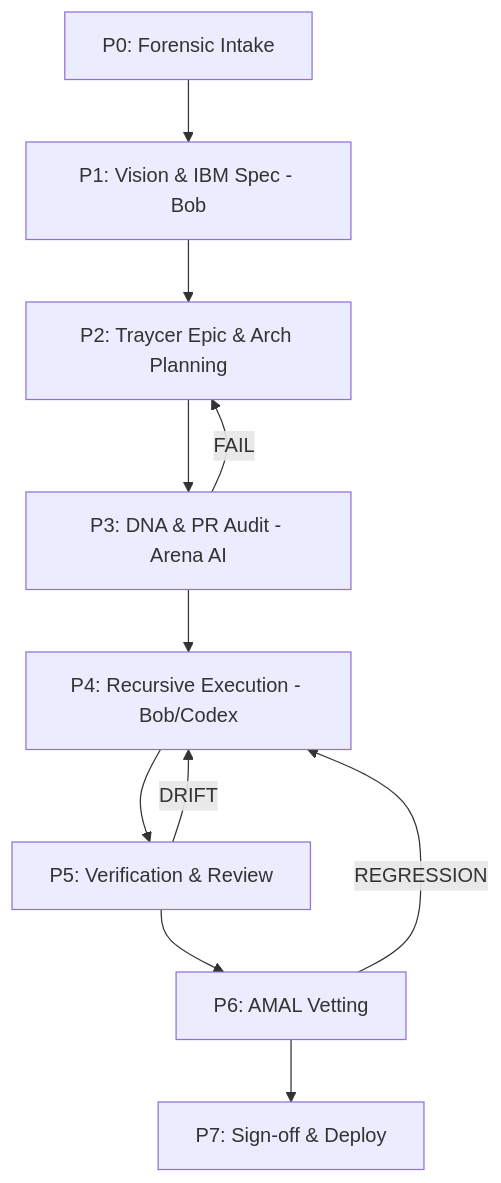
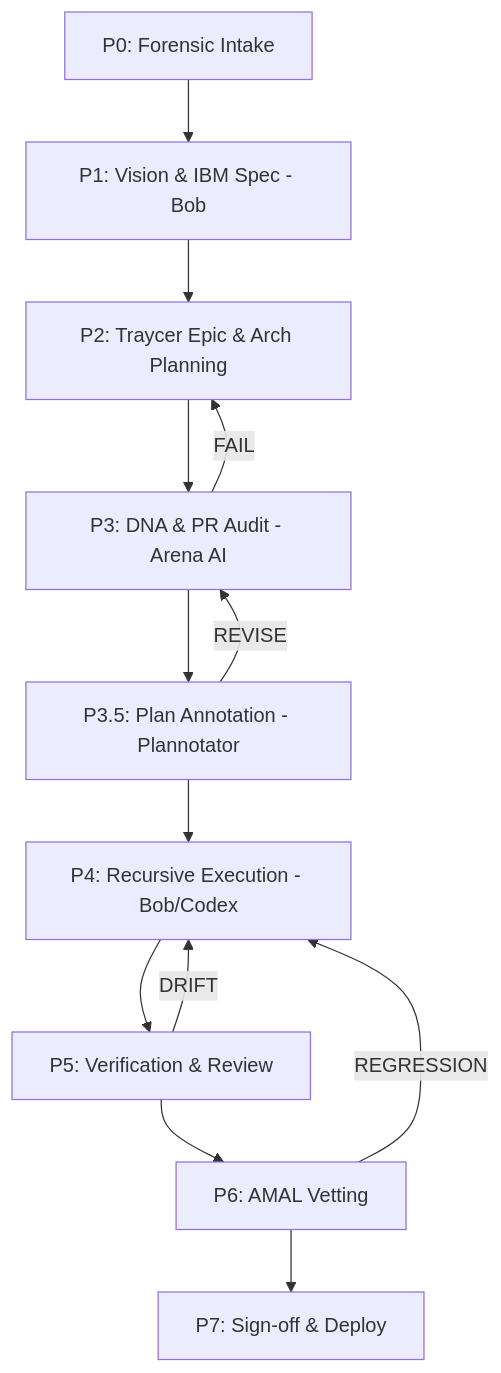
One commit to backtothefutures83-oss/universal-or-strategy changed the diagram in docs/brain/V12_Workflow_Manifesto.md. Above: the diagram before and after it, drawn with Mermaid. The commit also changed other lines of this file and 128 other files, not shown here.

````diff
--- a/docs/brain/V12_Workflow_Manifesto.md
+++ b/docs/brain/V12_Workflow_Manifesto.md
@@ -12,14 +12,16 @@
 ```mermaid
 graph TD
     P0[P0: Forensic Intake] --> P1[P1: Vision & IBM Spec - Bob]
     P1 --> P2[P2: Traycer Epic & Arch Planning]
     P2 --> P3[P3: DNA & PR Audit - Arena AI]
-    P3 --> P4[P4: Recursive Execution - Bob/Codex]
+    P3 --> P3.5[P3.5: Plan Annotation - Plannotator]
+    P3.5 --> P4[P4: Recursive Execution - Bob/Codex]
     P4 --> P5[P5: Verification & Review]
     P5 --> P6[P6: AMAL Vetting]
     P6 --> P7[P7: Sign-off & Deploy]
     
     P3 -- FAIL --> P2
+    P3.5 -- REVISE --> P3
     P5 -- DRIFT --> P4
     P6 -- REGRESSION --> P4
 ```
````
